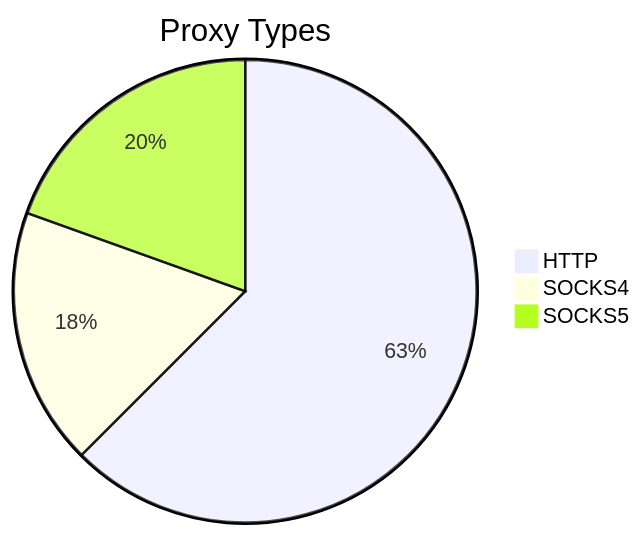
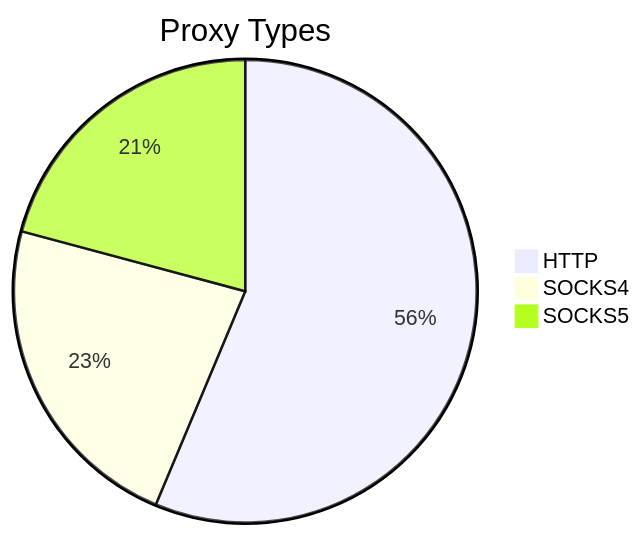
The first of 2 diagrams in README.md (stormsia/proxy-list), drawn with Mermaid before and after one commit. The commit also changed other lines of this file, not shown here.

````diff
--- a/README.md
+++ b/README.md
@@ -21,6 +21,6 @@
 ```mermaid
 pie title Proxy Types
-    "HTTP" : 285
-    "SOCKS4" : 82
-    "SOCKS5" : 89
+    "HTTP" : 419
+    "SOCKS4" : 170
+    "SOCKS5" : 155
 ```
````
